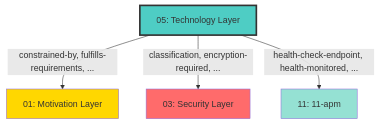
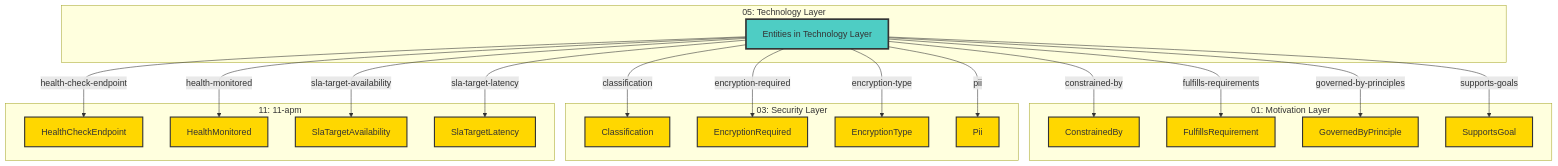
One commit to tinkermonkey/documentation_robotics changed the diagram in reports/layer-docs/05-technology-cross-layer-relationships.md. Above: the diagram before and after it, drawn with Mermaid. The commit also changed other lines of this file and 42 other files, not shown here.

Commit message:
working on cleaning up and defining inter and intra layer relationships

````diff
--- a/reports/layer-docs/05-technology-cross-layer-relationships.md
+++ b/reports/layer-docs/05-technology-cross-layer-relationships.md
@@ -77,18 +9,59 @@
 ```mermaid
 graph TB
-  ThisLayer["05: Technology Layer"]
+  subgraph thisLayer["05: Technology Layer"]
+    ThisLayerNode["Entities in Technology Layer"]
+  end
 
-  Target01["01: Motivation Layer"]
-  Target03["03: Security Layer"]
-  Target11["11: 11-apm"]
+  %% Target layers
+  subgraph target01Layer["01: Motivation Layer"]
+    target01ConstrainedBy["ConstrainedBy"]
+    target01FulfillsRequirement["FulfillsRequirement"]
+    target01GovernedByPrinciple["GovernedByPrinciple"]
+    target01SupportsGoal["SupportsGoal"]
+  end
+  subgraph target03Layer["03: Security Layer"]
+    target03Classification["Classification"]
+    target03EncryptionRequired["EncryptionRequired"]
+    target03EncryptionType["EncryptionType"]
+    target03Pii["Pii"]
+  end
+  subgraph target11Layer["11: 11-apm"]
+    target11HealthCheckEndpoint["HealthCheckEndpoint"]
+    target11HealthMonitored["HealthMonitored"]
+    target11SlaTargetAvailability["SlaTargetAvailability"]
+    target11SlaTargetLatency["SlaTargetLatency"]
+  end
 
+  %% Outgoing relationships
+  ThisLayerNode -->|health-check-endpoint| target11HealthCheckEndpoint
+  ThisLayerNode -->|health-monitored| target11HealthMonitored
+  ThisLayerNode -->|sla-target-availability| target11SlaTargetAvailability
+  ThisLayerNode -->|sla-target-latency| target11SlaTargetLatency
+  ThisLayerNode -->|constrained-by| target01ConstrainedBy
+  ThisLayerNode -->|fulfills-requirements| target01FulfillsRequirement
+  ThisLayerNode -->|governed-by-principles| target01GovernedByPrinciple
+  ThisLayerNode -->|supports-goals| target01SupportsGoal
+  ThisLayerNode -->|classification| target03Classification
+  ThisLayerNode -->|encryption-required| target03EncryptionRequired
+  ThisLayerNode -->|encryption-type| target03EncryptionType
+  ThisLayerNode -->|pii| target03Pii
 
-  ThisLayer -->|constrained-by, fulfills-requirements, ...| Target01
-  ThisLayer -->|classification, encryption-required, ...| Target03
-  ThisLayer -->|health-check-endpoint, health-monitored, ...| Target11
+  %% Styling
+  classDef thisLayerStyle fill:#4ECDC4,stroke:#333,stroke-width:3px
+  classDef targetLayerStyle fill:#FFD700,stroke:#333,stroke-width:2px
+  classDef sourceLayerStyle fill:#E17055,stroke:#333,stroke-width:2px
 
-  style ThisLayer fill:#4ECDC4,stroke:#333,stroke-width:3px
-  style Target01 fill:#FFD700
-  style Target03 fill:#FF6B6B
-  style Target11 fill:#95E1D3
+  class ThisLayerNode thisLayerStyle
+  class target01ConstrainedBy targetLayerStyle
+  class target01FulfillsRequirement targetLayerStyle
+  class target01GovernedByPrinciple targetLayerStyle
+  class target01SupportsGoal targetLayerStyle
+  class target03Classification targetLayerStyle
+  class target03EncryptionRequired targetLayerStyle
+  class target03EncryptionType targetLayerStyle
+  class target03Pii targetLayerStyle
+  class target11HealthCheckEndpoint targetLayerStyle
+  class target11HealthMonitored targetLayerStyle
+  class target11SlaTargetAvailability targetLayerStyle
+  class target11SlaTargetLatency targetLayerStyle
 ```
````
